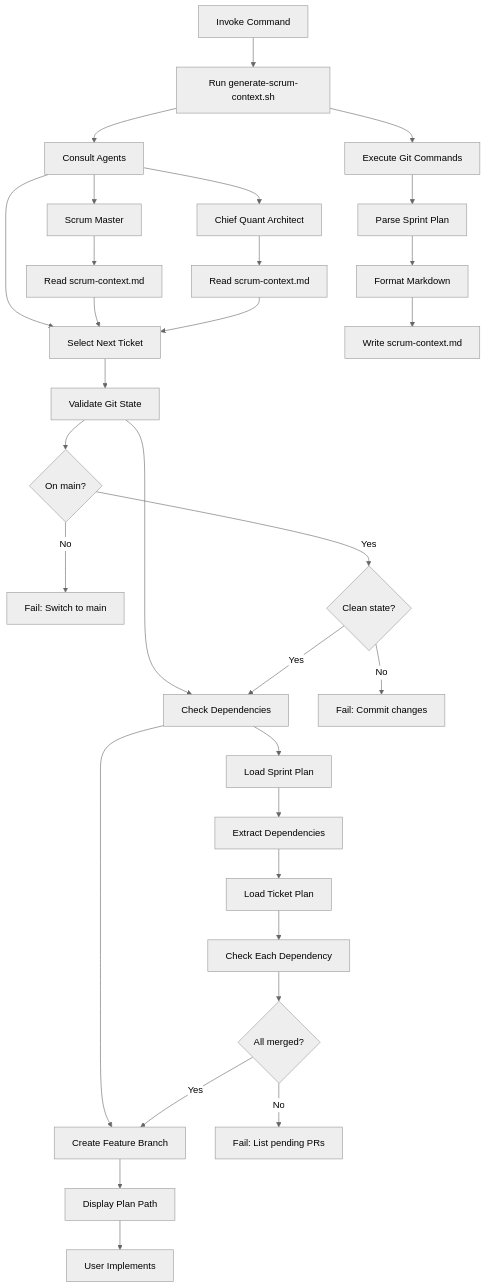
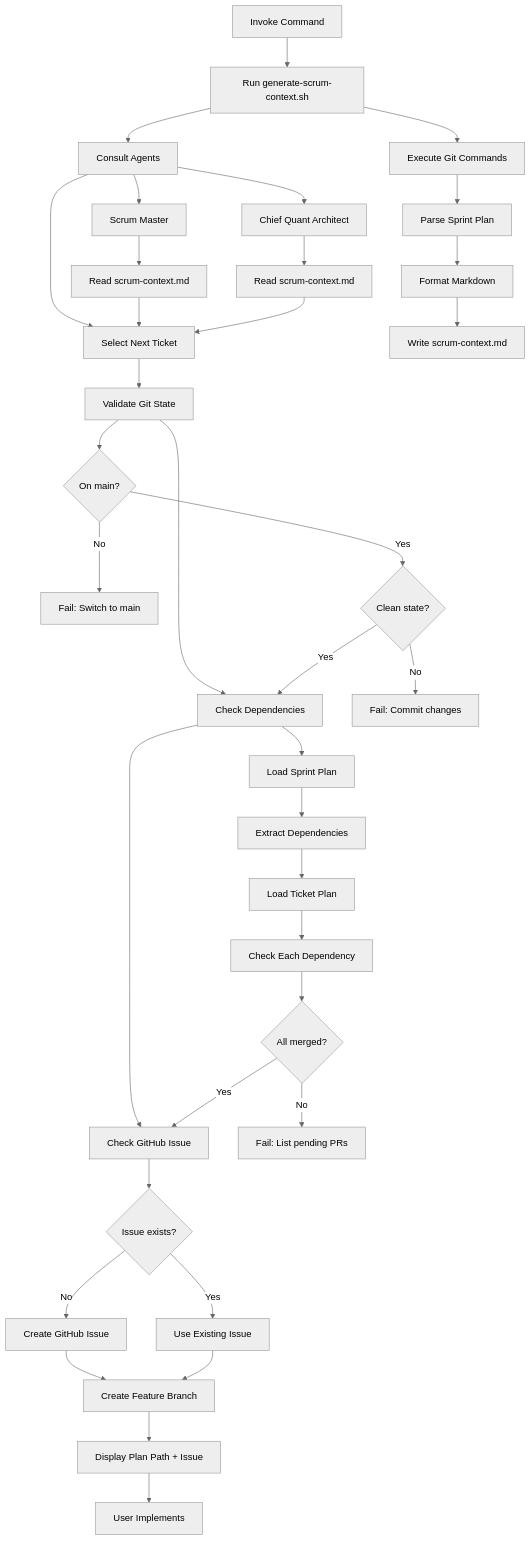
The first of 2 diagrams in .cursor/commands/run-ticket-plan.md (jxtngx/ib-interface), drawn with Mermaid (neutral theme) before and after one commit. The commit also changed other lines of this file and 7 other files, not shown here.

````diff
--- a/.cursor/commands/run-ticket-plan.md
+++ b/.cursor/commands/run-ticket-plan.md
@@ -25,37 +25,42 @@
 ```mermaid
 graph TD
     A[Invoke Command] --> A1[Run generate-scrum-context.sh]
     A1 --> B[Consult Agents]
     B --> C[Select Next Ticket]
     C --> D[Validate Git State]
     D --> E[Check Dependencies]
-    E --> F[Create Feature Branch]
-    F --> G[Display Plan Path]
-    G --> H[User Implements]
+    E --> F[Check GitHub Issue]
+    F --> G{Issue exists?}
+    G -->|No| H[Create GitHub Issue]
+    G -->|Yes| I[Use Existing Issue]
+    H --> J[Create Feature Branch]
+    I --> J
+    J --> K[Display Plan Path + Issue]
+    K --> L[User Implements]
     
     A1 --> A2[Execute Git Commands]
     A2 --> A3[Parse Sprint Plan]
     A3 --> A4[Format Markdown]
     A4 --> A5[Write scrum-context.md]
     
     B --> B1[Scrum Master]
     B --> B2[Chief Quant Architect]
     B1 --> B3[Read scrum-context.md]
     B2 --> B4[Read scrum-context.md]
     B3 --> C
     B4 --> C
     
     D --> D1{On main?}
     D1 -->|No| D2[Fail: Switch to main]
     D1 -->|Yes| D3{Clean state?}
     D3 -->|No| D4[Fail: Commit changes]
     D3 -->|Yes| E
     
     E --> E1[Load Sprint Plan]
     E1 --> E2[Extract Dependencies]
     E2 --> E3[Load Ticket Plan]
     E3 --> E4[Check Each Dependency]
     E4 --> E5{All merged?}
     E5 -->|No| E6[Fail: List pending PRs]
     E5 -->|Yes| F
 ```
````
